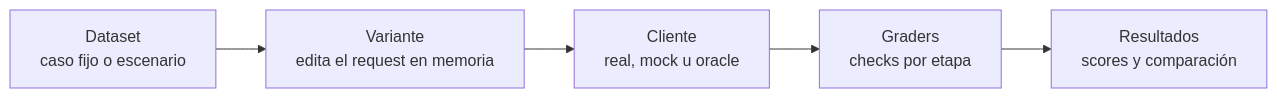
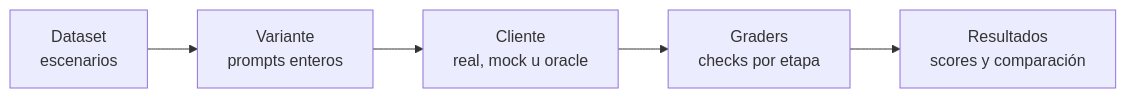
Before and after one commit to HugoFucksmann/jarvv: the diagram in eval/README.md, drawn with Mermaid. The commit also changed 77 other files, not shown here.

````diff
--- a/eval/README.md
+++ b/eval/README.md
@@ -48,7 +48,7 @@
 ```mermaid
 flowchart LR
-    D[Dataset<br/>caso fijo o escenario] --> V[Variante<br/>edita el request en memoria]
+    D[Dataset<br/>escenarios] --> V[Variante<br/>prompts enteros]
     V --> C[Cliente<br/>real, mock u oracle]
     C --> G[Graders<br/>checks por etapa]
     G --> R[Resultados<br/>scores y comparación]
 ```
````
